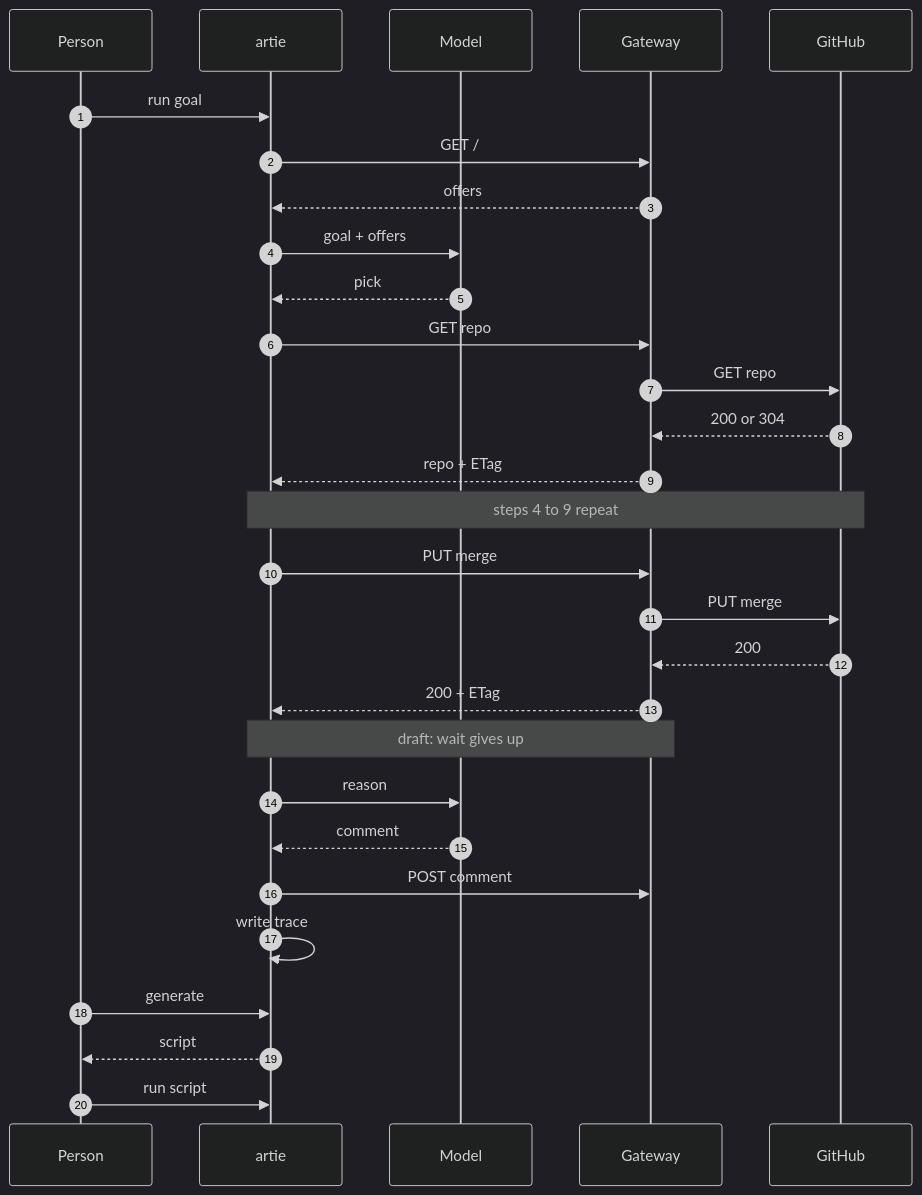
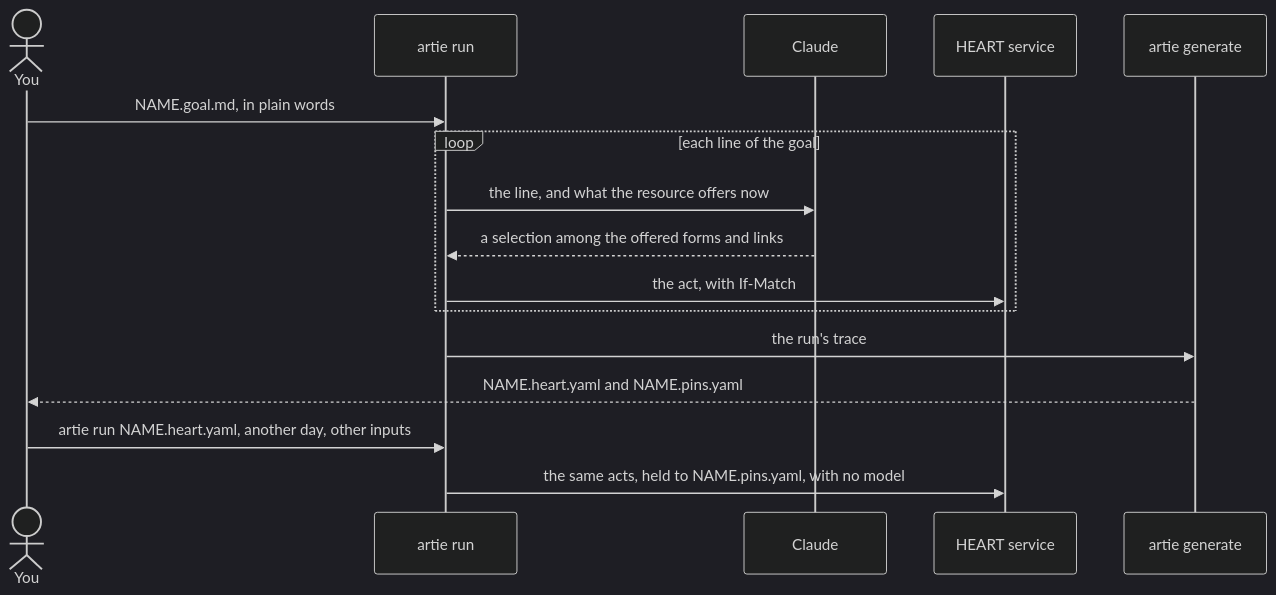
Before and after one commit to JogoShugh/heart-rise-artie: the diagram in client/README.md, drawn with Mermaid (dark theme). The commit also changed other lines of this file, not shown here.

First line of the commit message:
ARTIE's README, rewritten around goals kept as YAML: the chain, goals and watches, kept scripts as data, lock files, guards and the config, levels of care; Kotlin as one section; artie needs Java 22

````diff
--- a/client/README.md
+++ b/client/README.md
@@ -151,31 +22,18 @@
 ```mermaid
 sequenceDiagram
-  autonumber
-  participant P as Person
-  participant A as artie
-  participant M as Model
-  participant G as Gateway
-  participant H as GitHub
-  P->>A: run goal
-  A->>G: GET /
-  G-->>A: offers
-  A->>M: goal + offers
-  M-->>A: pick
-  A->>G: GET repo
-  G->>H: GET repo
-  H-->>G: 200 or 304
-  G-->>A: repo + ETag
-  Note over A,H: steps 4 to 9 repeat
-  A->>G: PUT merge
-  G->>H: PUT merge
-  H-->>G: 200
-  G-->>A: 200 + ETag
-  Note over A,G: draft: wait gives up
-  A->>M: reason
-  M-->>A: comment
-  A->>G: POST comment
-  A->>A: write trace
-  P->>A: generate
-  A-->>P: script
-  P->>A: run script
+    actor P as You
+    participant A as artie run
+    participant M as Claude
+    participant S as HEART service
+    participant G as artie generate
+    P->>A: NAME.goal.md, in plain words
+    loop each line of the goal
+        A->>M: the line, and what the resource offers now
+        M-->>A: a selection among the offered forms and links
+        A->>S: the act, with If-Match
+    end
+    A->>G: the run's trace
+    G-->>P: NAME.heart.yaml and NAME.pins.yaml
+    P->>A: artie run NAME.heart.yaml, another day, other inputs
+    A->>S: the same acts, held to NAME.pins.yaml, with no model
 ```
````
